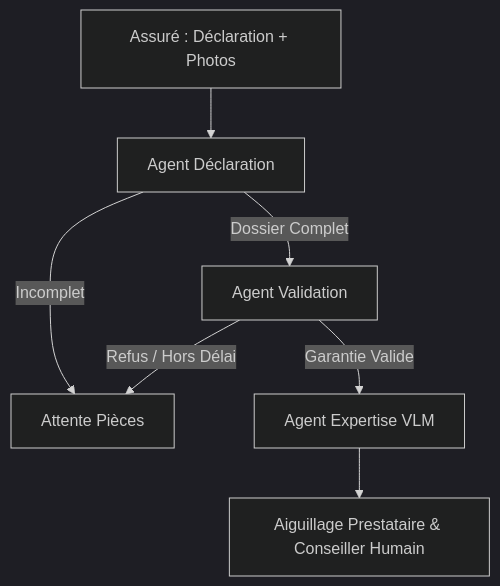
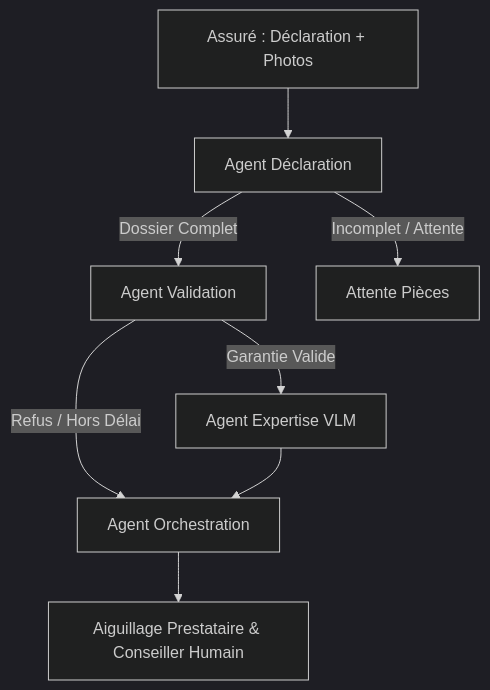
Before and after one commit to Abdata92/AssuranceHabitat_Agents_IA: the diagram in README.md, drawn with Mermaid (dark theme). The commit also changed other lines of this file, not shown here.

````diff
--- a/README.md
+++ b/README.md
@@ -24,10 +30,11 @@
 ```mermaid
 graph TD
     A[Assuré : Déclaration + Photos] --> B[Agent Déclaration]
     B -->|Dossier Complet| C[Agent Validation]
-    B -->|Incomplet| END[Attente Pièces]
+    B -->|Incomplet / Attente| END[Attente Pièces]
     C -->|Garantie Valide| D[Agent Expertise VLM]
-    C -->|Refus / Hors Délai| END
-    D --> E[Aiguillage Prestataire & Conseiller Humain]
+    C -->|Refus / Hors Délai| E[Agent Orchestration]
+    D --> E
+    E --> F[Aiguillage Prestataire & Conseiller Humain]
 
 ```
````
